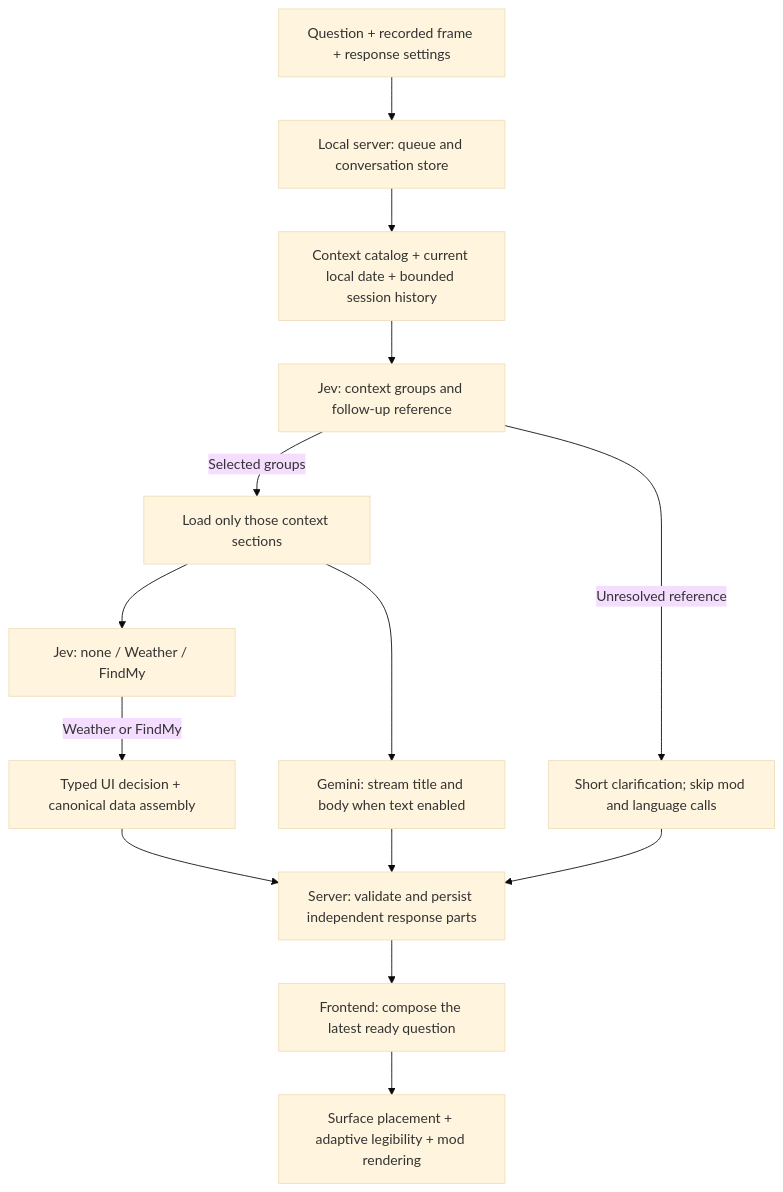
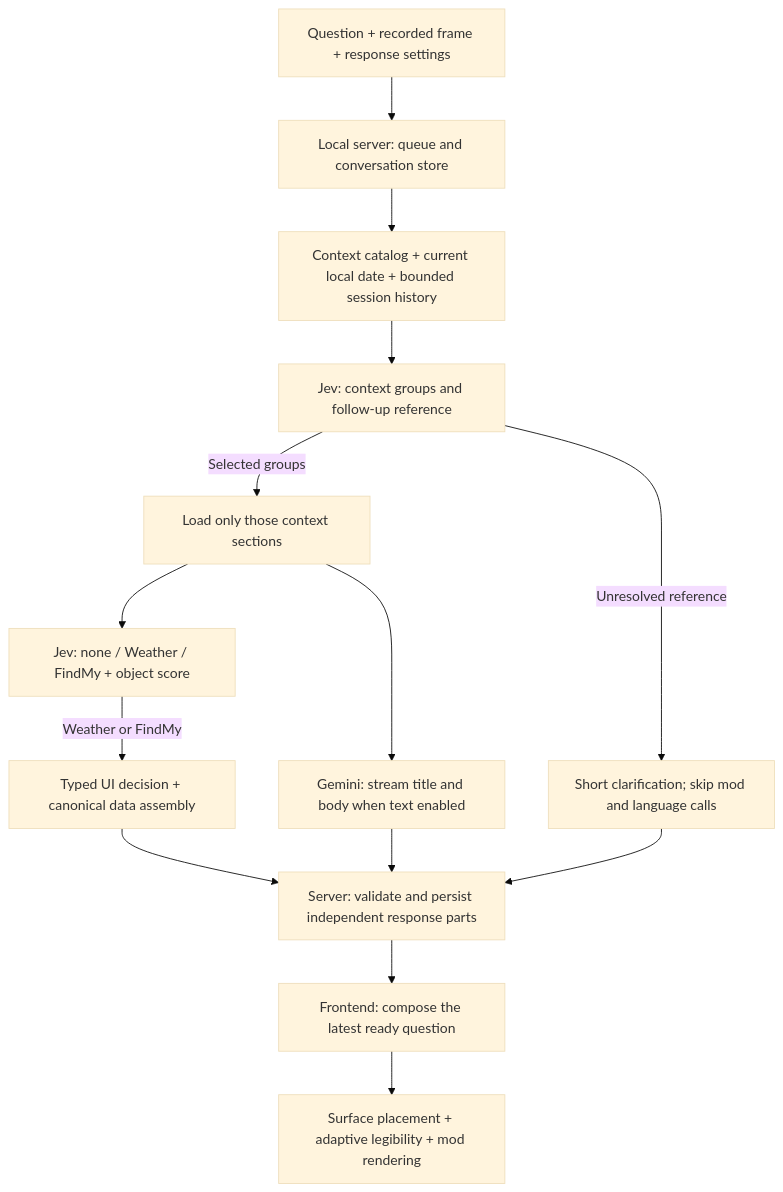
Before and after one commit to ziru-wei/intelligent-spatial-interface: the diagram in README.md, drawn with Mermaid (base theme). The commit also changed other lines of this file and 15 other files, not shown here.

````diff
--- a/README.md
+++ b/README.md
@@ -154,16 +154,16 @@
 ```mermaid
 flowchart TD
   Input[Question + recorded frame + response settings] --> Server[Local server: queue and conversation store]
   Server --> Catalog[Context catalog + current local date + bounded session history]
   Catalog --> Read[Jev: context groups and follow-up reference]
   Read -->|Unresolved reference| Clarify[Short clarification; skip mod and language calls]
   Read -->|Selected groups| Context[Load only those context sections]
-  Context --> Mod[Jev: none / Weather / FindMy]
+  Context --> Mod[Jev: none / Weather / FindMy + object score]
   Context --> Language[Gemini: stream title and body when text enabled]
   Mod -->|Weather or FindMy| UI[Typed UI decision + canonical data assembly]
   UI --> Parts[Server: validate and persist independent response parts]
   Language --> Parts
   Clarify --> Parts
   Parts --> Frontend[Frontend: compose the latest ready question]
   Frontend --> Placement[Surface placement + adaptive legibility + mod rendering]
 ```
````
